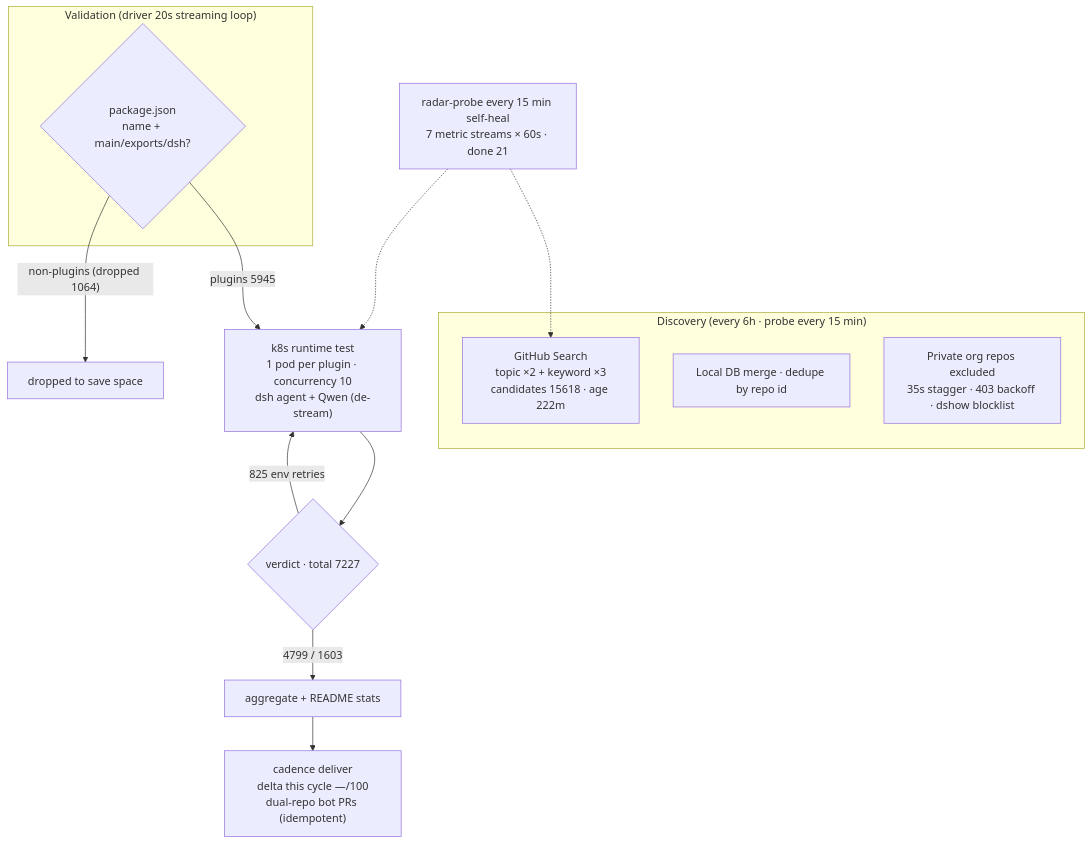
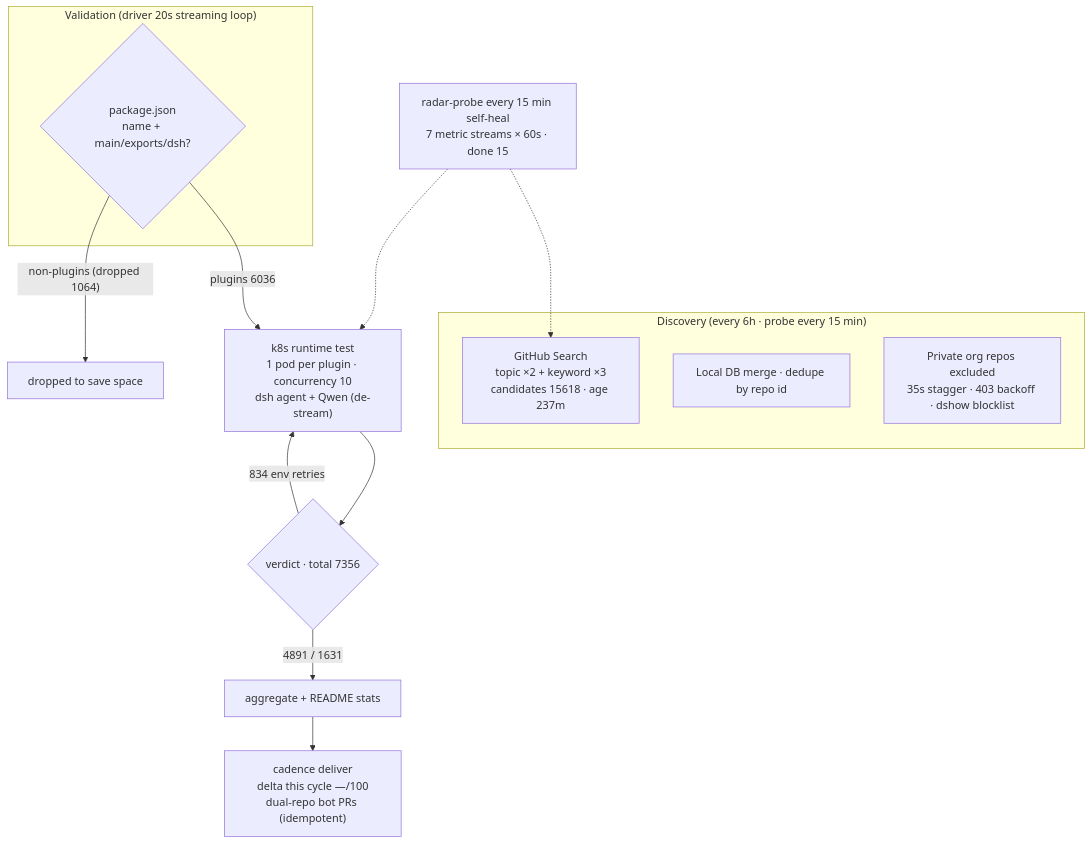
One commit to AdamPlatin123/awesome-dsh-plugins changed the diagram in README.en-US.md. Above: the diagram before and after it, drawn with Mermaid. The commit also changed other lines of this file and 5 other files, not shown here.

````diff
--- a/README.en-US.md
+++ b/README.en-US.md
@@ -30,20 +30,20 @@
 ```mermaid
 flowchart TB
     subgraph Discovery["Discovery (every 6h · probe every 15 min)"]
-        A1["GitHub Search<br/>topic ×2 + keyword ×3<br/>candidates 15618 · age 222m"]
+        A1["GitHub Search<br/>topic ×2 + keyword ×3<br/>candidates 15618 · age 237m"]
         A2["Local DB merge · dedupe by repo id"]
         A3["Private org repos excluded<br/>35s stagger · 403 backoff · dshow blocklist"]
     end
     subgraph Validation["Validation (driver 20s streaming loop)"]
         B1{"package.json<br/>name + main/exports/dsh?"}
     end
-    B1 -->|"plugins 5945"| C1["k8s runtime test<br/>1 pod per plugin · concurrency 10<br/>dsh agent + Qwen (de-stream)"]
+    B1 -->|"plugins 6036"| C1["k8s runtime test<br/>1 pod per plugin · concurrency 10<br/>dsh agent + Qwen (de-stream)"]
     B1 -->|"non-plugins (dropped 1064)"| B3["dropped to save space"]
-    C1 --> D1{"verdict · total 7227"}
-    D1 -->|"4799 / 1603"| E1["aggregate + README stats"]
-    D1 -->|"825 env retries"| C1
+    C1 --> D1{"verdict · total 7356"}
+    D1 -->|"4891 / 1631"| E1["aggregate + README stats"]
+    D1 -->|"834 env retries"| C1
     E1 --> E2["cadence deliver<br/>delta this cycle —/100<br/>dual-repo bot PRs (idempotent)"]
-    M["radar-probe every 15 min self-heal<br/>7 metric streams × 60s · done 21"]
+    M["radar-probe every 15 min self-heal<br/>7 metric streams × 60s · done 15"]
     M -.-> A1
     M -.-> C1
 ```
````
